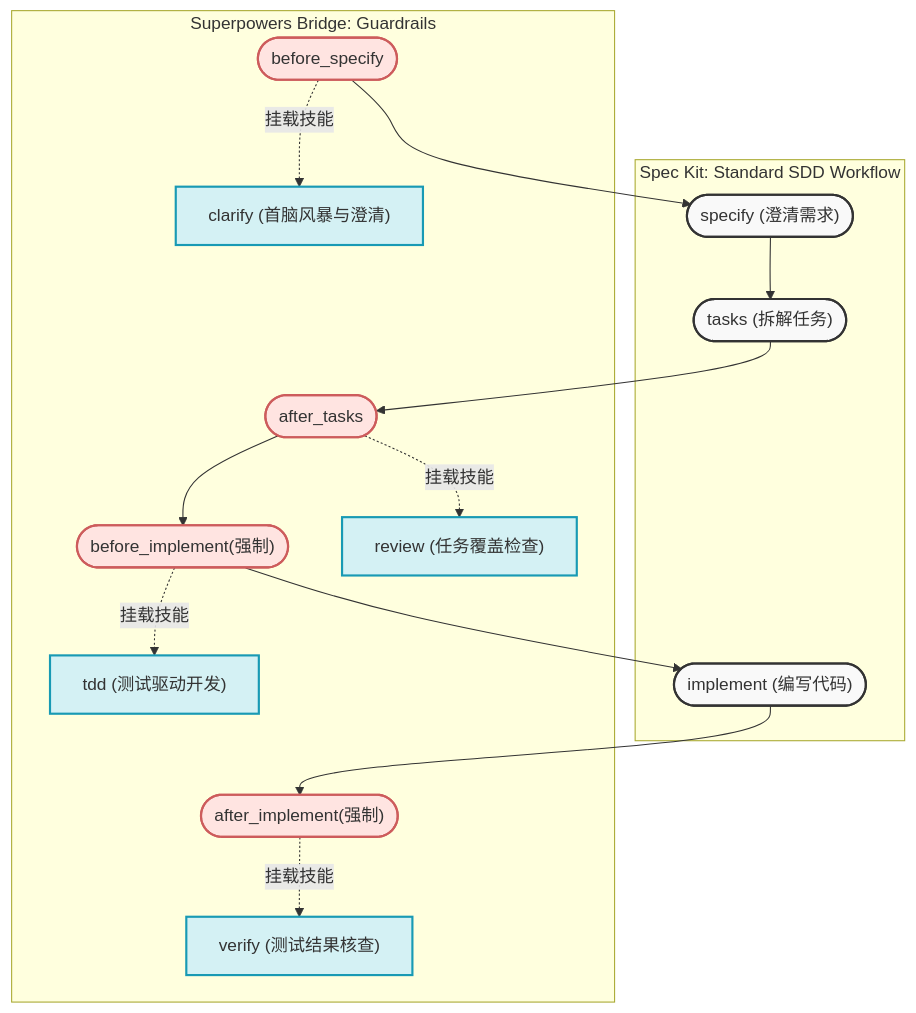
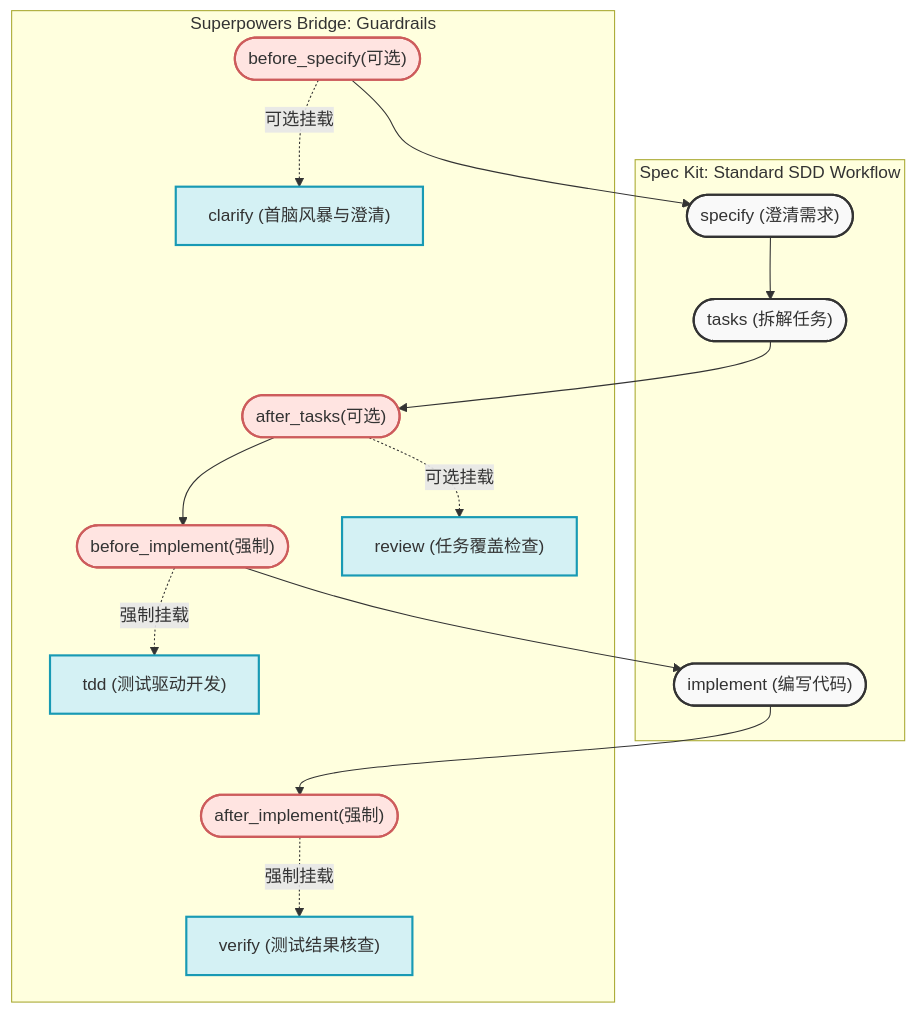
One commit to RbBtSn0w/rbbtsn0w.github.io changed the diagram in _posts/2026-03-30-superpowers-bridge-spec-kit.md. Above: the diagram before and after it, drawn with Mermaid.

Commit message:
docs(blog): clarify optional vs mandatory hooks in diagram

````diff
--- a/_posts/2026-03-30-superpowers-bridge-spec-kit.md
+++ b/_posts/2026-03-30-superpowers-bridge-spec-kit.md
@@ -37,36 +37,36 @@
 ```mermaid
 flowchart TD
     classDef workflow fill:#f9f9f9,stroke:#333,stroke-width:2px
     classDef hook fill:#ffe4e1,stroke:#cd5c5c,stroke-width:2px
     classDef skill fill:#d4f1f4,stroke:#189ab4,stroke-width:2px
 
     subgraph spec_workflow [Spec Kit: Standard SDD Workflow]
         S(["specify (澄清需求)"]):::workflow
         T(["tasks (拆解任务)"]):::workflow
         I(["implement (编写代码)"]):::workflow
     end
 
     subgraph superpowers_bridge [Superpowers Bridge: Guardrails]
-        B_S(["before_specify"]):::hook
-        A_T(["after_tasks"]):::hook
+        B_S(["before_specify(可选)"]):::hook
+        A_T(["after_tasks(可选)"]):::hook
         B_I(["before_implement(强制)"]):::hook
         A_I(["after_implement(强制)"]):::hook
 
         C["clarify (首脑风暴与澄清)"]:::skill
         R["review (任务覆盖检查)"]:::skill
         TDD["tdd (测试驱动开发)"]:::skill
         V["verify (测试结果核查)"]:::skill
         
-        B_S -.->|挂载技能| C
-        A_T -.->|挂载技能| R
-        B_I -.->|挂载技能| TDD
-        A_I -.->|挂载技能| V
+        B_S -.->|可选挂载| C
+        A_T -.->|可选挂载| R
+        B_I -.->|强制挂载| TDD
+        A_I -.->|强制挂载| V
     end
 
     B_S --> S
     S --> T
     T --> A_T
     A_T --> B_I
     B_I --> I
     I --> A_I
 ```
````
